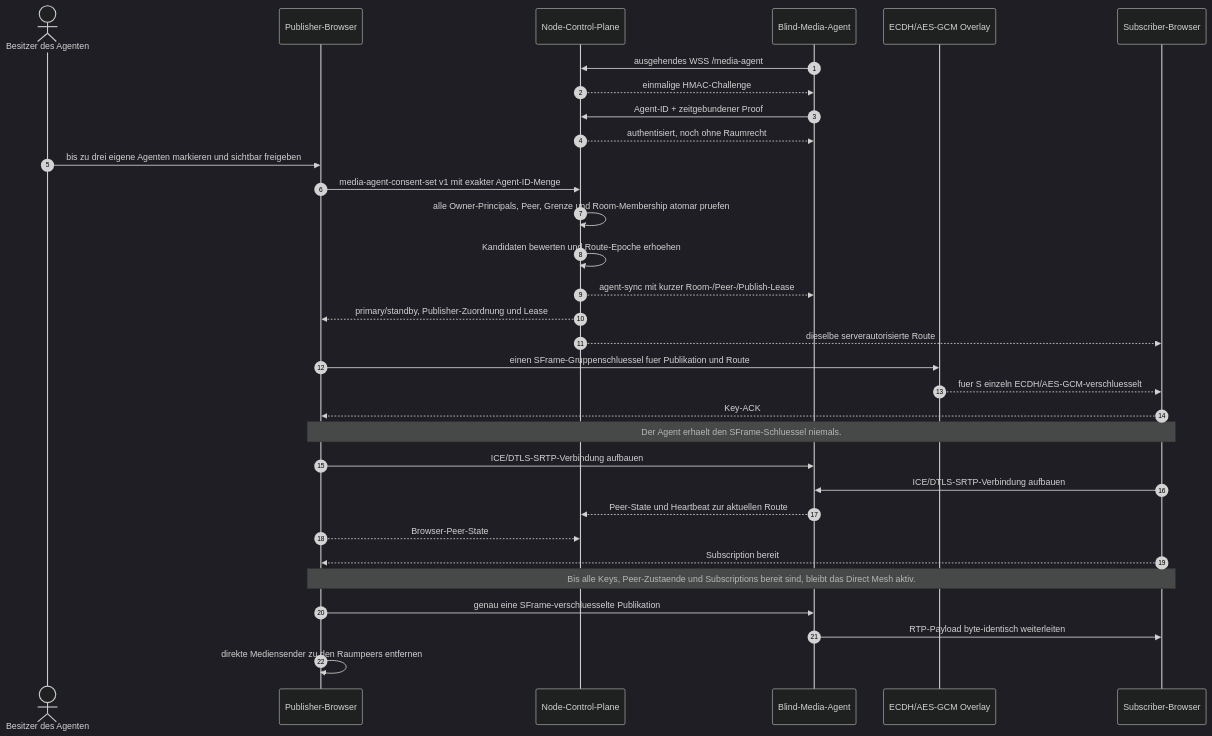
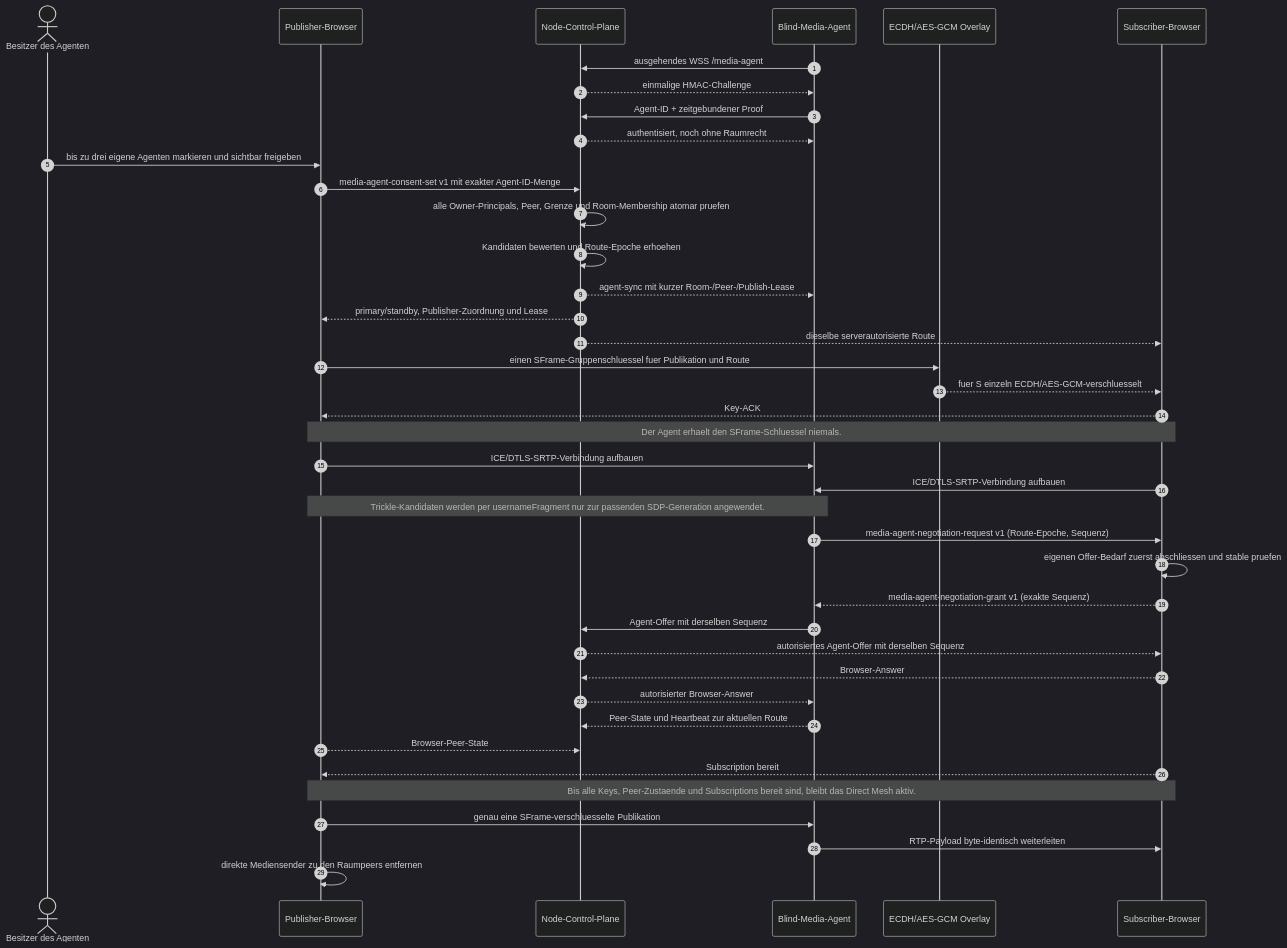
One commit to ananta888/webrtc-minimize-server changed the sixth of 14 diagrams in docs/current-architecture-uml.md. Above: the diagram before and after it, drawn with Mermaid (dark theme). The commit also changed other lines of this file and 30 other files, not shown here.

Commit message:
fix(media-agent): serialize negotiation and ICE generations

````diff
--- a/docs/current-architecture-uml.md
+++ b/docs/current-architecture-uml.md
@@ -302,39 +302,47 @@
 ```mermaid
 sequenceDiagram
     autonumber
     actor U as Besitzer des Agenten
     participant P as Publisher-Browser
     participant CP as Node-Control-Plane
     participant M as Blind-Media-Agent
     participant O as ECDH/AES-GCM Overlay
     participant S as Subscriber-Browser
 
     M->>CP: ausgehendes WSS /media-agent
     CP-->>M: einmalige HMAC-Challenge
     M->>CP: Agent-ID + zeitgebundener Proof
     CP-->>M: authentisiert, noch ohne Raumrecht
 
     U->>P: bis zu drei eigene Agenten markieren und sichtbar freigeben
     P->>CP: media-agent-consent-set v1 mit exakter Agent-ID-Menge
     CP->>CP: alle Owner-Principals, Peer, Grenze und Room-Membership atomar pruefen
     CP->>CP: Kandidaten bewerten und Route-Epoche erhoehen
     CP-->>M: agent-sync mit kurzer Room-/Peer-/Publish-Lease
     CP-->>P: primary/standby, Publisher-Zuordnung und Lease
     CP-->>S: dieselbe serverautorisierte Route
 
     P->>O: einen SFrame-Gruppenschluessel fuer Publikation und Route
     O-->>S: fuer S einzeln ECDH/AES-GCM-verschluesselt
     S-->>P: Key-ACK
     Note over P,S: Der Agent erhaelt den SFrame-Schluessel niemals.
 
     P->>M: ICE/DTLS-SRTP-Verbindung aufbauen
     S->>M: ICE/DTLS-SRTP-Verbindung aufbauen
+    Note over P,M: Trickle-Kandidaten werden per usernameFragment nur zur passenden SDP-Generation angewendet.
+    M->>S: media-agent-negotiation-request v1 (Route-Epoche, Sequenz)
+    S->>S: eigenen Offer-Bedarf zuerst abschliessen und stable pruefen
+    S-->>M: media-agent-negotiation-grant v1 (exakte Sequenz)
+    M->>CP: Agent-Offer mit derselben Sequenz
+    CP-->>S: autorisiertes Agent-Offer mit derselben Sequenz
+    S-->>CP: Browser-Answer
+    CP-->>M: autorisierter Browser-Answer
     M-->>CP: Peer-State und Heartbeat zur aktuellen Route
     P-->>CP: Browser-Peer-State
     S-->>P: Subscription bereit
 
     Note over P,S: Bis alle Keys, Peer-Zustaende und Subscriptions bereit sind, bleibt das Direct Mesh aktiv.
     P->>M: genau eine SFrame-verschluesselte Publikation
     M->>S: RTP-Payload byte-identisch weiterleiten
     P->>P: direkte Mediensender zu den Raumpeers entfernen
 ```
````
